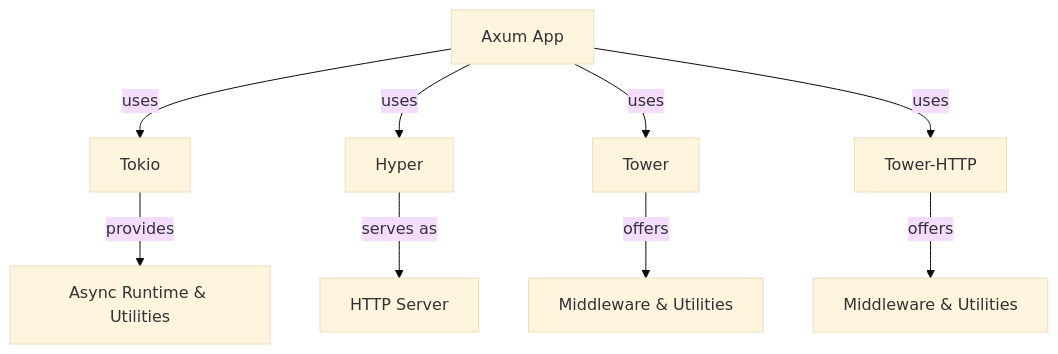
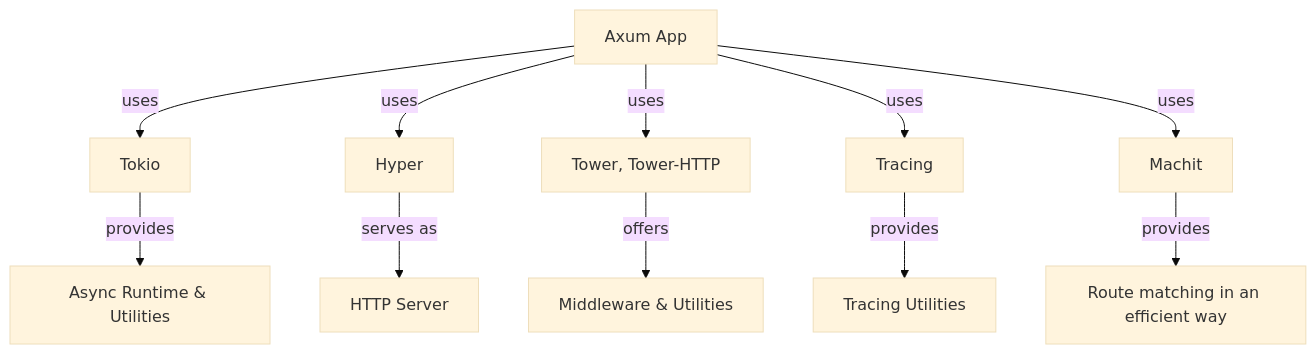
The diagram in libs/axum-playground/README.md (abhi3700/My_Learning-Rust), drawn with Mermaid (base theme) before and after one commit. The commit also changed other lines of this file and 3 other files, not shown here.

````diff
--- a/libs/axum-playground/README.md
+++ b/libs/axum-playground/README.md
@@ -7,12 +7,14 @@
 ```mermaid
 graph TD
     A[Axum App] -->|uses| B[Tokio]
     A -->|uses| C[Hyper]
-    A -->|uses| D[Tower]
-    A -->|uses| E[Tower-HTTP]
+    A -->|uses| D[Tower, Tower-HTTP]
+    A -->|uses| J[Tracing]
+    A -->|uses| L[Machit]
 
     B -->|provides| F[Async Runtime & Utilities]
     C -->|serves as| G[HTTP Server]
     D -->|offers| H[Middleware & Utilities]
-    E -->|offers| I[Middleware & Utilities]
+    J -->|provides| K[Tracing Utilities]
+    L -->|provides| M[Route matching in an efficient way]
 ```
````
